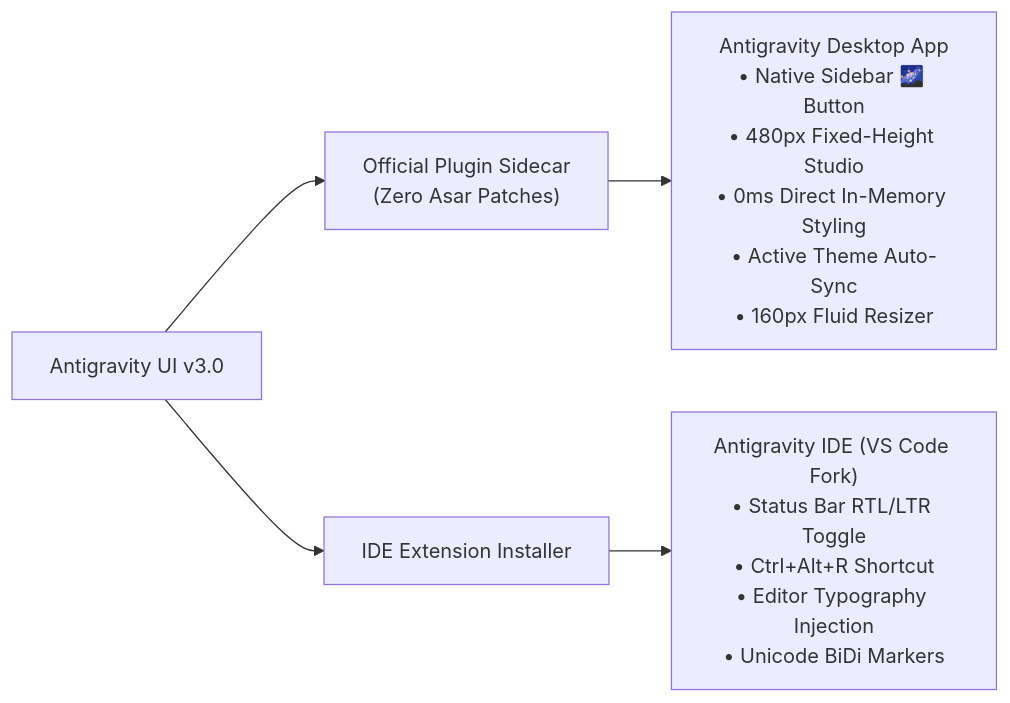
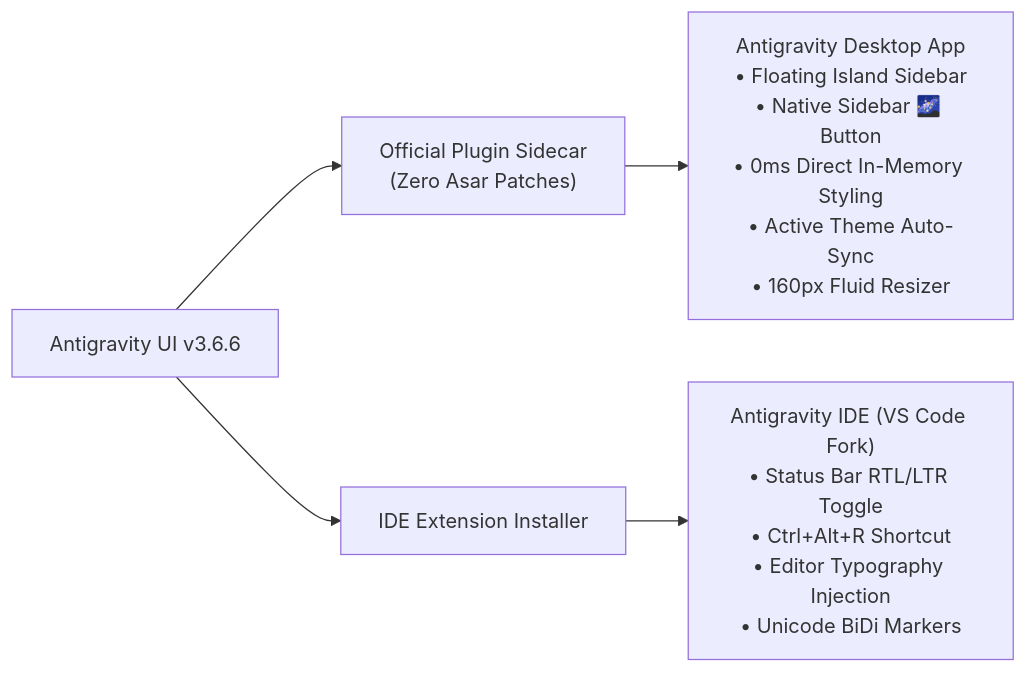
The diagram in README.md (omid-io/antigravity-ui), drawn with Mermaid before and after one commit. The commit also changed other lines of this file, not shown here.

Commit message:
docs: update README for v3.6.6 with floating island sidebar and harmonious action boxes

````diff
--- a/README.md
+++ b/README.md
@@ -83,7 +84,7 @@
 ```mermaid
 flowchart LR
-    A["Antigravity UI v3.0"] --> B["Official Plugin Sidecar<br/>(Zero Asar Patches)"]
+    A["Antigravity UI v3.6.6"] --> B["Official Plugin Sidecar<br/>(Zero Asar Patches)"]
     A --> C["IDE Extension Installer"]
-    B --> D["Antigravity Desktop App<br/>• Native Sidebar 🌌 Button<br/>• 480px Fixed-Height Studio<br/>• 0ms Direct In-Memory Styling<br/>• Active Theme Auto-Sync<br/>• 160px Fluid Resizer"]
+    B --> D["Antigravity Desktop App<br/>• Floating Island Sidebar<br/>• Native Sidebar 🌌 Button<br/>• 0ms Direct In-Memory Styling<br/>• Active Theme Auto-Sync<br/>• 160px Fluid Resizer"]
     C --> E["Antigravity IDE (VS Code Fork)<br/>• Status Bar RTL/LTR Toggle<br/>• Ctrl+Alt+R Shortcut<br/>• Editor Typography Injection<br/>• Unicode BiDi Markers"]
 ```
````
